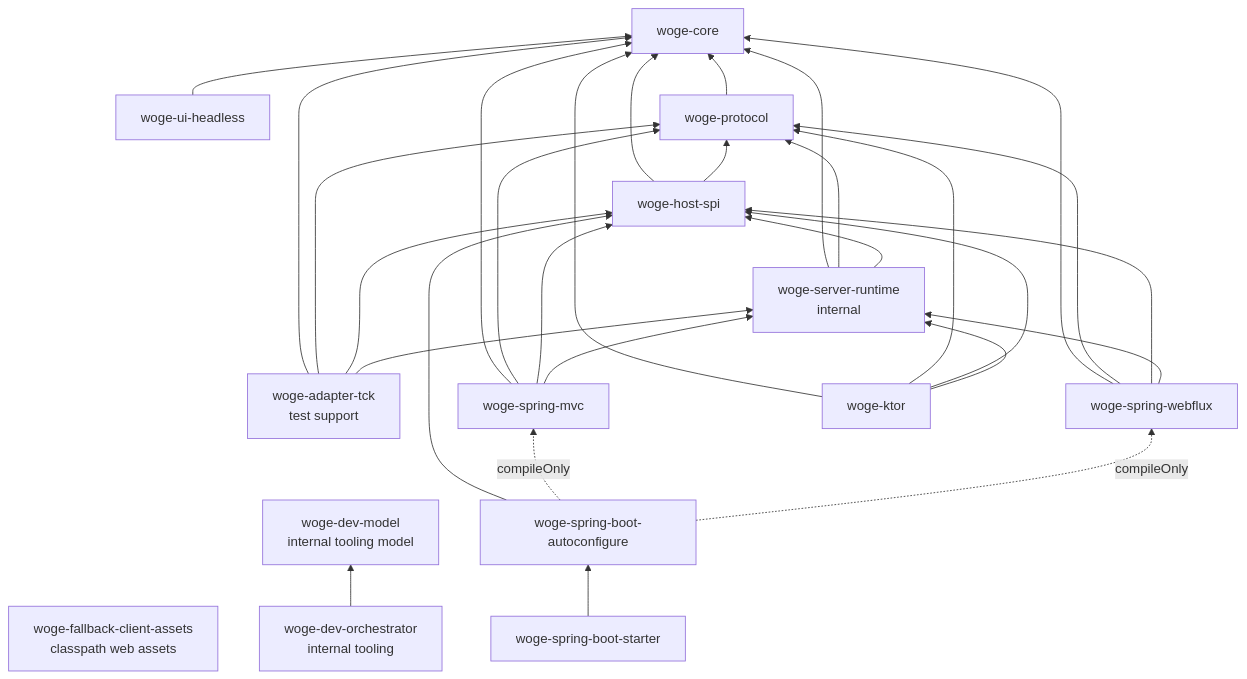
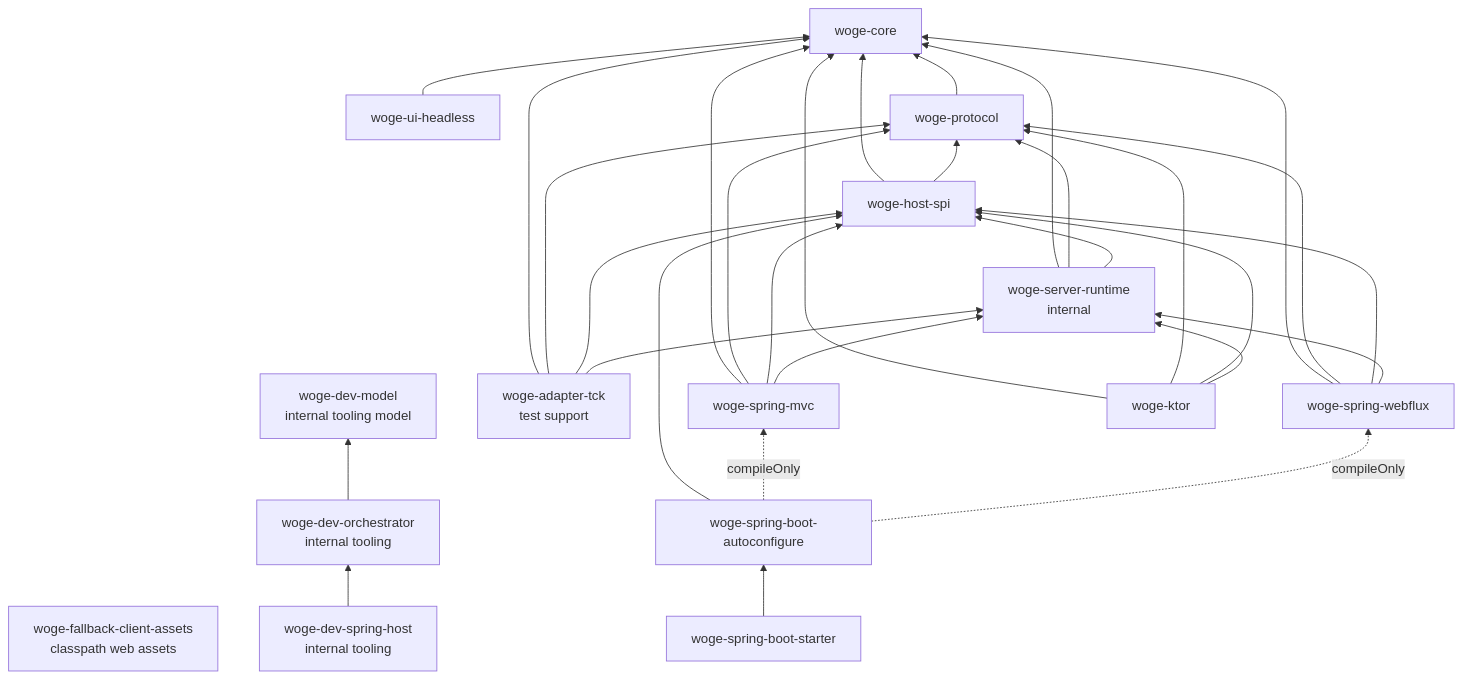
One commit to christian-draeger/woge changed the diagram in docs/architecture/module-graph.md. Above: the diagram before and after it, drawn with Mermaid. The commit also changed other lines of this file and 11 other files, not shown here.

First line of the commit message:
feat(dev): add Spring Boot development host adapter

````diff
--- a/docs/architecture/module-graph.md
+++ b/docs/architecture/module-graph.md
@@ -8,33 +8,34 @@
 ```mermaid
 flowchart BT
     UI[woge-ui-headless] --> Core[woge-core]
     Assets[woge-fallback-client-assets<br/>classpath web assets]
     Protocol[woge-protocol] --> Core
     SPI[woge-host-spi] --> Core
     SPI --> Protocol
     Runtime[woge-server-runtime<br/>internal] --> Core
     Runtime --> Protocol
     Runtime --> SPI
     DevModel[woge-dev-model<br/>internal tooling model]
     DevOrchestrator[woge-dev-orchestrator<br/>internal tooling] --> DevModel
+    DevSpring[woge-dev-spring-host<br/>internal tooling] --> DevOrchestrator
     TCK[woge-adapter-tck<br/>test support] --> Core
     TCK --> Protocol
     TCK --> SPI
     TCK --> Runtime
     MVC[woge-spring-mvc] --> Core
     MVC --> Protocol
     MVC --> SPI
     MVC --> Runtime
     WebFlux[woge-spring-webflux] --> Core
     WebFlux --> Protocol
     WebFlux --> SPI
     WebFlux --> Runtime
     Ktor[woge-ktor] --> Core
     Ktor --> Protocol
     Ktor --> SPI
     Ktor --> Runtime
     Auto[woge-spring-boot-autoconfigure] --> SPI
     Auto -. compileOnly .-> MVC
     Auto -. compileOnly .-> WebFlux
     Starter[woge-spring-boot-starter] --> Auto
 ```
````
